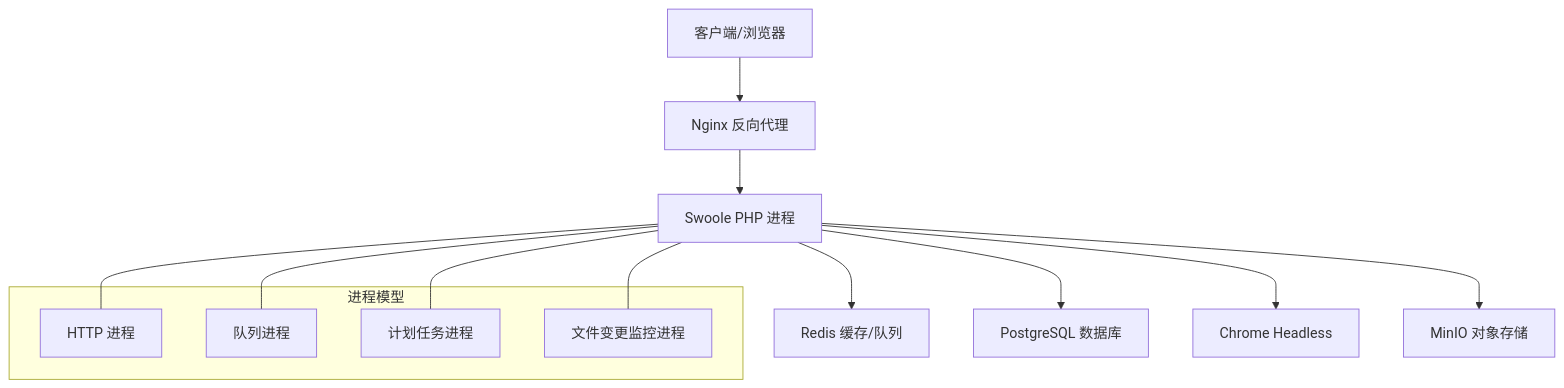
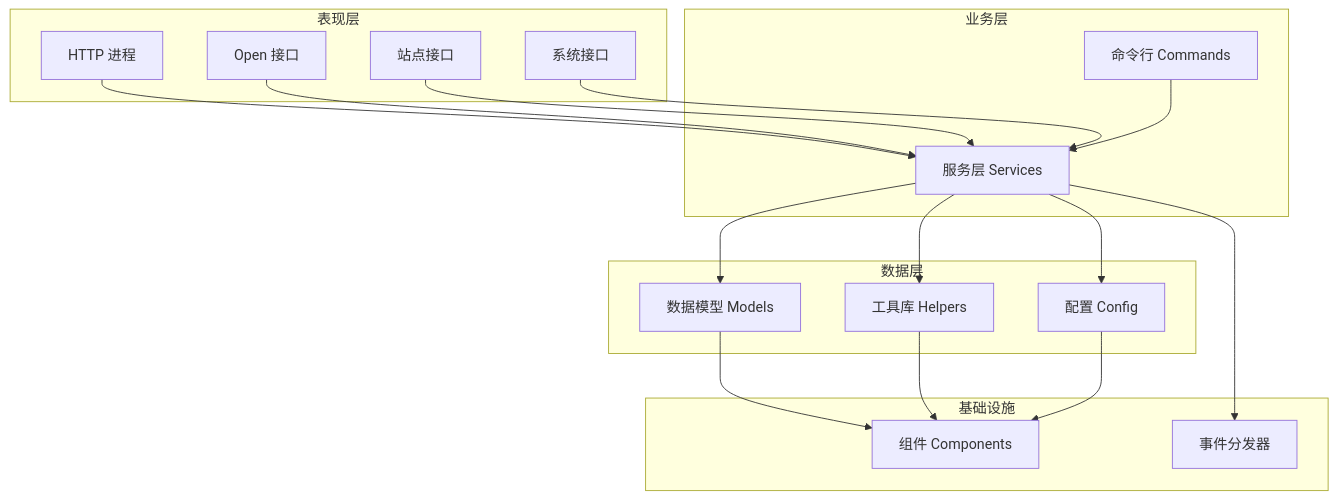
One commit to sxlianlinbin/process_rules changed the second of 7 diagrams in repowiki/zh/content/项目概述.md. Above: the diagram before and after it, drawn with Mermaid. The commit also changed other lines of this file and 207 other files, not shown here.

````diff
--- a/repowiki/zh/content/项目概述.md
+++ b/repowiki/zh/content/项目概述.md
@@ -133,19 +123,34 @@
 ```mermaid
 graph TB
-Client["客户端/浏览器"] --> Nginx["Nginx 反向代理"]
-Nginx --> PHP["Swoole PHP 进程"]
-PHP --> Redis["Redis 缓存/队列"]
-PHP --> Postgres["PostgreSQL 数据库"]
-PHP --> Chrome["Chrome Headless"]
-PHP --> Minio["MinIO 对象存储"]
-subgraph "进程模型"
-HttpP["HTTP 进程"]
-QueueP["队列进程"]
-CronP["计划任务进程"]
-Watcher["文件变更监控进程"]
+subgraph "表现层"
+HTTP["HTTP 进程"]
+OPEN["Open 接口"]
+SITE["站点接口"]
+SYSTEM["系统接口"]
 end
-PHP --- HttpP
-PHP --- QueueP
-PHP --- CronP
-PHP --- Watcher
+subgraph "业务层"
+SVC["服务层 Services"]
+CMDS["命令行 Commands"]
+end
+subgraph "数据层"
+MODELS["数据模型 Models"]
+HELPERS["工具库 Helpers"]
+CONFIG["配置 Config"]
+end
+subgraph "基础设施"
+COMP["组件 Components"]
+LOGIC["事件分发器"]
+end
+HTTP --> SVC
+OPEN --> SVC
+SITE --> SVC
+SYSTEM --> SVC
+SVC --> MODELS
+SVC --> HELPERS
+SVC --> CONFIG
+CMDS --> SVC
+MODELS --> COMP
+HELPERS --> COMP
+CONFIG --> COMP
+SVC --> LOGIC
 ```
````
